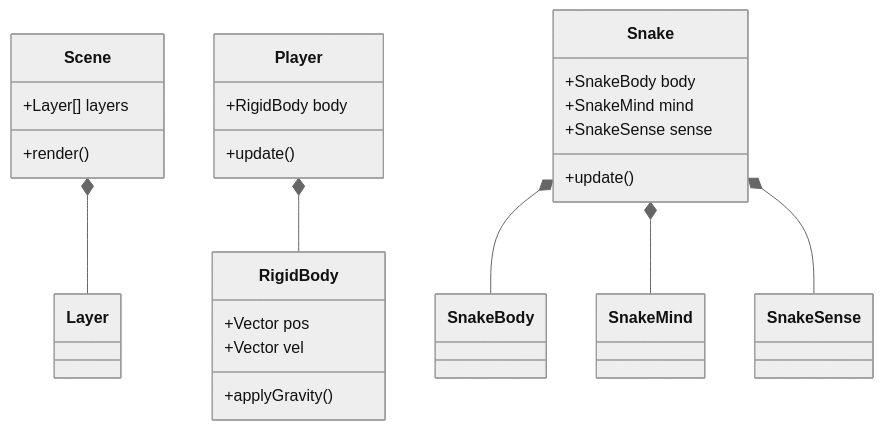
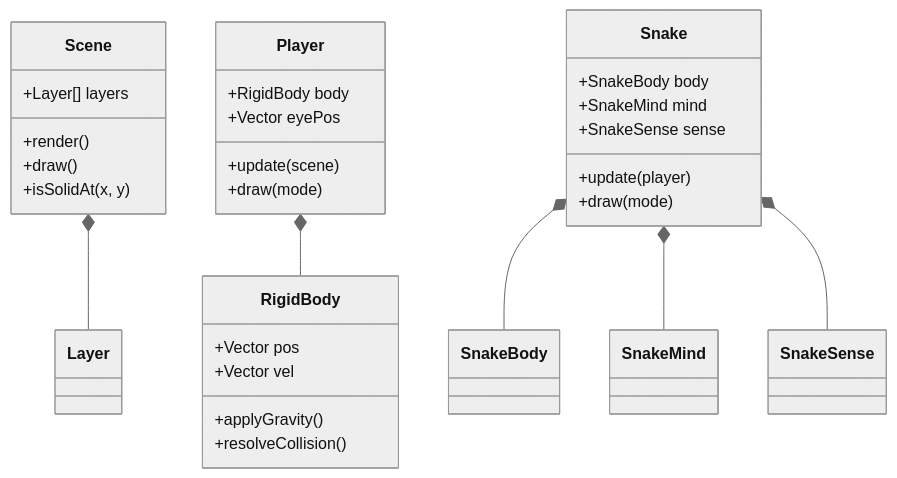
Before and after one commit to pinowine/PseudoDen: the second of 4 diagrams in README.md, drawn with Mermaid (neutral theme). The commit also changed other lines of this file, not shown here.

````diff
--- a/README.md
+++ b/README.md
@@ -417,28 +419,34 @@
 ```mermaid
 classDiagram
     class Scene {
         +Layer[] layers
         +render()
+        +draw()
+        +isSolidAt(x, y)
     }
     class Player {
         +RigidBody body
-        +update()
+        +Vector eyePos
+        +update(scene)
+        +draw(mode)
     }
     class Snake {
         +SnakeBody body
         +SnakeMind mind
         +SnakeSense sense
-        +update()
+        +update(player)
+        +draw(mode)
     }
     class RigidBody {
         +Vector pos
         +Vector vel
         +applyGravity()
+        +resolveCollision()
     }
     
     Player *-- RigidBody
     Snake *-- SnakeBody
     Snake *-- SnakeMind
     Snake *-- SnakeSense
     Scene *-- Layer
 ```
````
